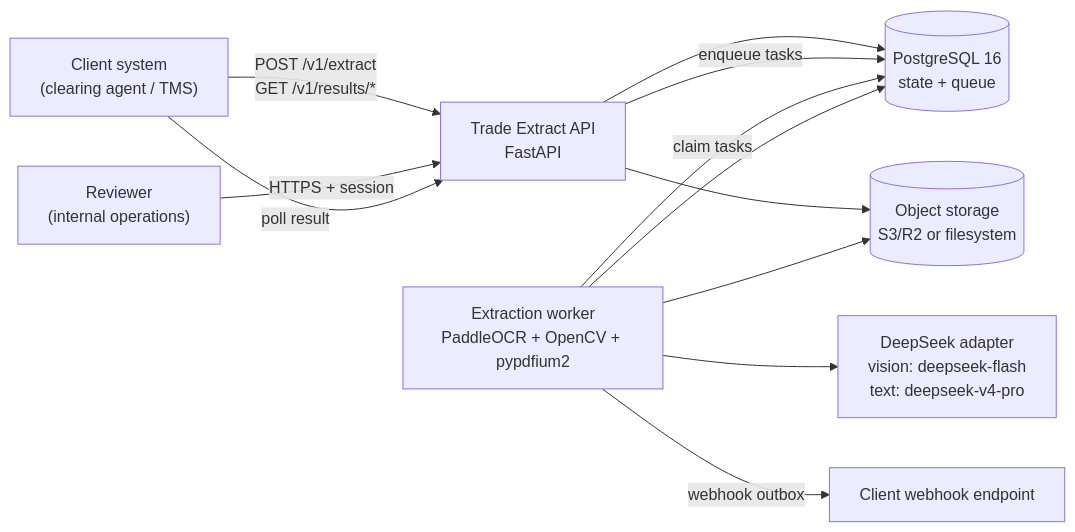
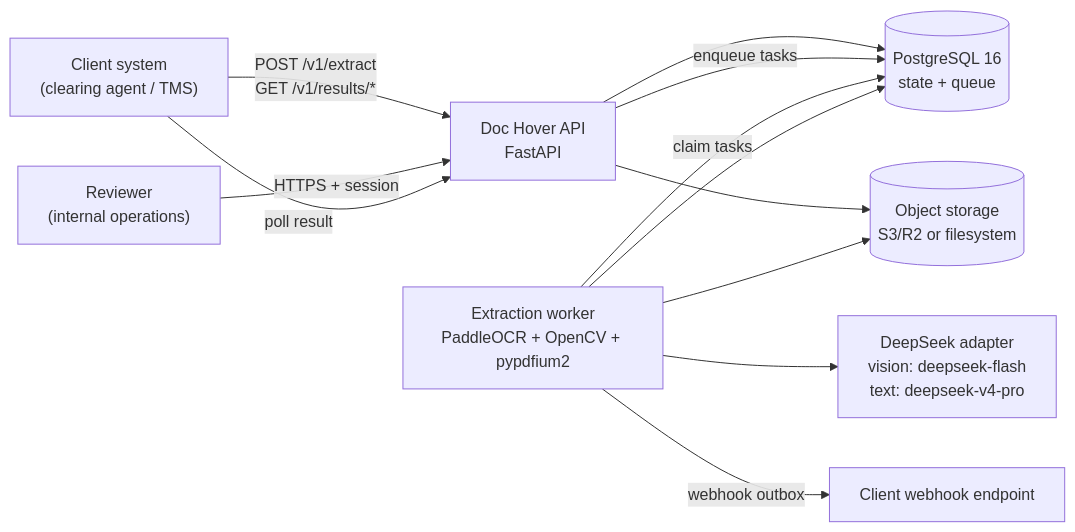
Before and after one commit to Aminkay95/docflow: the first of 3 diagrams in docs/01-architecture.md, drawn with Mermaid. The commit also changed 80 other files, not shown here.

````diff
--- a/docs/01-architecture.md
+++ b/docs/01-architecture.md
@@ -21,23 +21,23 @@
 ```mermaid
 flowchart LR
     Client["Client system\n(clearing agent / TMS)"]
     Reviewer["Reviewer\n(internal operations)"]
-    API["Trade Extract API\nFastAPI"]
+    API["Doc Hover API\nFastAPI"]
     Worker["Extraction worker\nPaddleOCR + OpenCV + pypdfium2"]
     DB[("PostgreSQL 16\nstate + queue")]
     Store[("Object storage\nS3/R2 or filesystem")]
     LLM["DeepSeek adapter\nvision: deepseek-flash\ntext: deepseek-v4-pro"]
     Hook["Client webhook endpoint"]
 
     Client -->|"POST /v1/extract\nGET /v1/results/*"| API
     Reviewer -->|"HTTPS + session"| API
     API --> DB
     API --> Store
     API -->|"enqueue tasks"| DB
     Worker -->|"claim tasks"| DB
     Worker --> Store
     Worker --> LLM
     Worker --> DB
     Worker -->|"webhook outbox"| Hook
     Client -->|"poll result"| API
 ```
````
